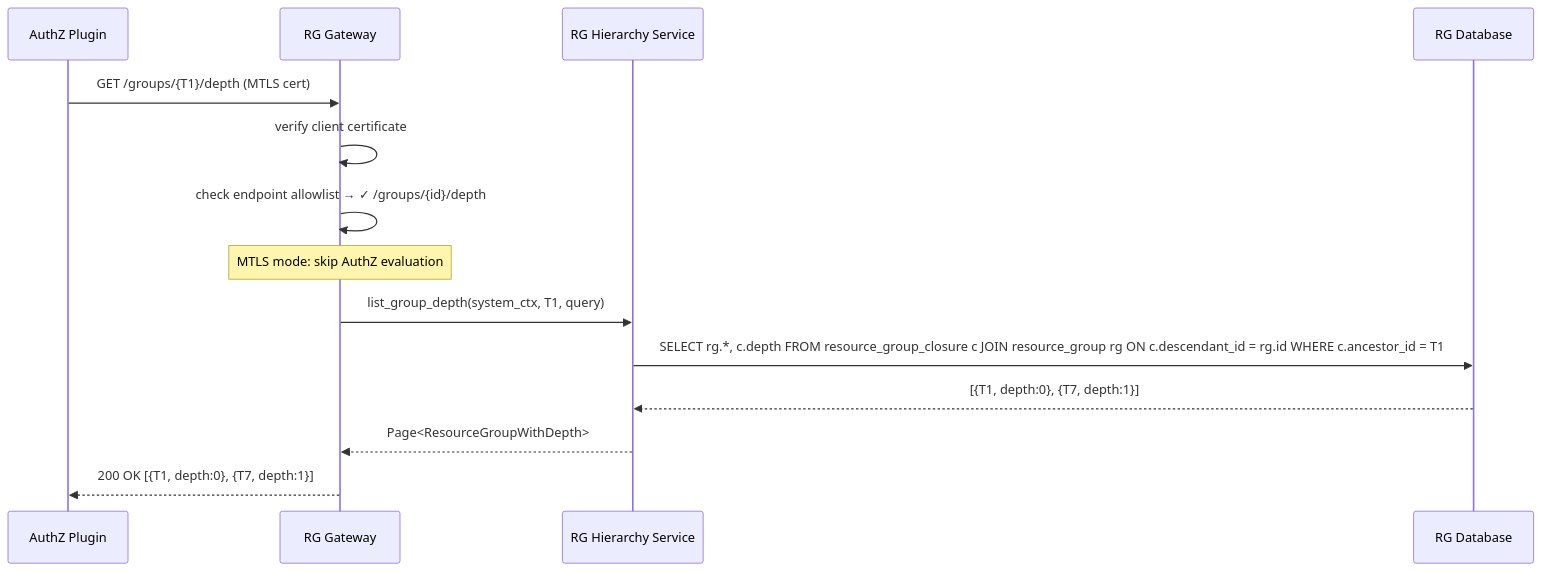
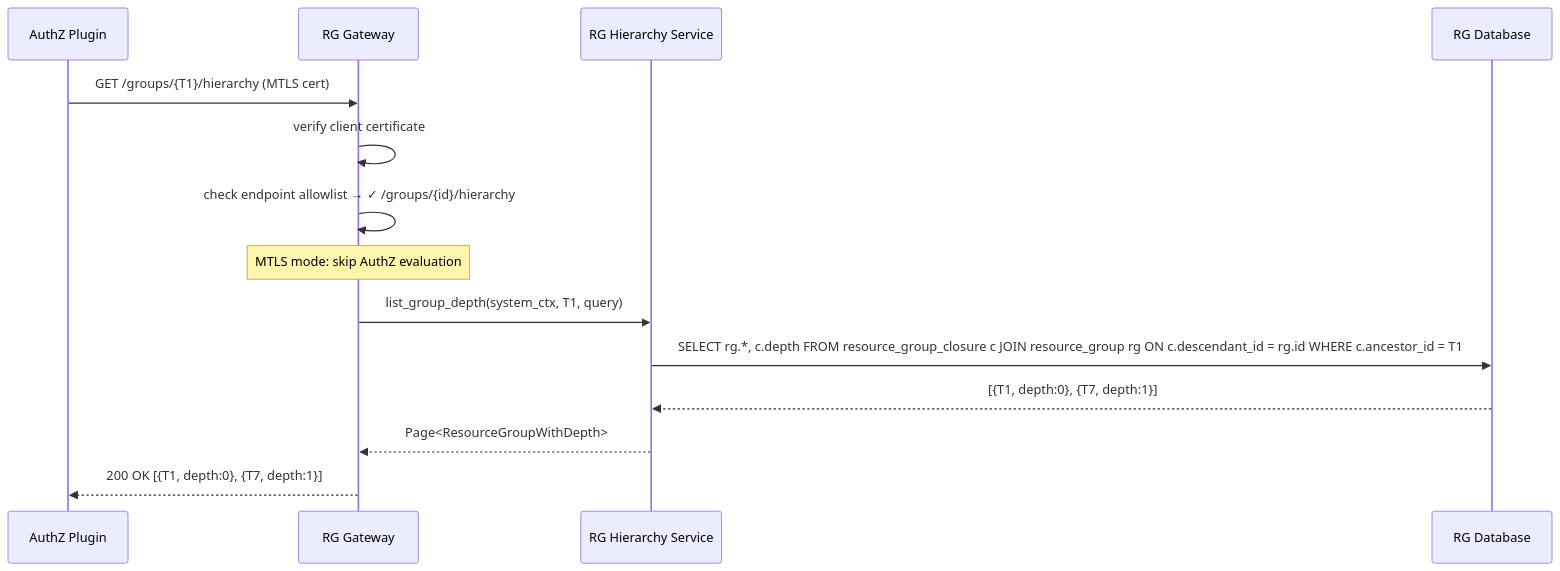
One commit to ffedoroff/cyberfabric-core changed the seventh of 8 diagrams in modules/system/resource-group/docs/DESIGN.md. Above: the diagram before and after it, drawn with Mermaid. The commit also changed other lines of this file and 2 other files, not shown here.

Commit message:
hierarchy

````diff
--- a/modules/system/resource-group/docs/DESIGN.md
+++ b/modules/system/resource-group/docs/DESIGN.md
@@ -1130,19 +1130,19 @@
 ```mermaid
 sequenceDiagram
     participant AZ as AuthZ Plugin
     participant RG_GW as RG Gateway
     participant RG_SVC as RG Hierarchy Service
     participant DB as RG Database
 
-    AZ->>RG_GW: GET /groups/{T1}/depth (MTLS cert)
+    AZ->>RG_GW: GET /groups/{T1}/hierarchy (MTLS cert)
     RG_GW->>RG_GW: verify client certificate
-    RG_GW->>RG_GW: check endpoint allowlist → ✓ /groups/{id}/depth
+    RG_GW->>RG_GW: check endpoint allowlist → ✓ /groups/{id}/hierarchy
 
     Note over RG_GW: MTLS mode: skip AuthZ evaluation
 
     RG_GW->>RG_SVC: list_group_depth(system_ctx, T1, query)
     RG_SVC->>DB: SELECT rg.*, c.depth FROM resource_group_closure c JOIN resource_group rg ON c.descendant_id = rg.id WHERE c.ancestor_id = T1
     DB-->>RG_SVC: [{T1, depth:0}, {T7, depth:1}]
     RG_SVC-->>RG_GW: Page<ResourceGroupWithDepth>
     RG_GW-->>AZ: 200 OK [{T1, depth:0}, {T7, depth:1}]
 ```
````
